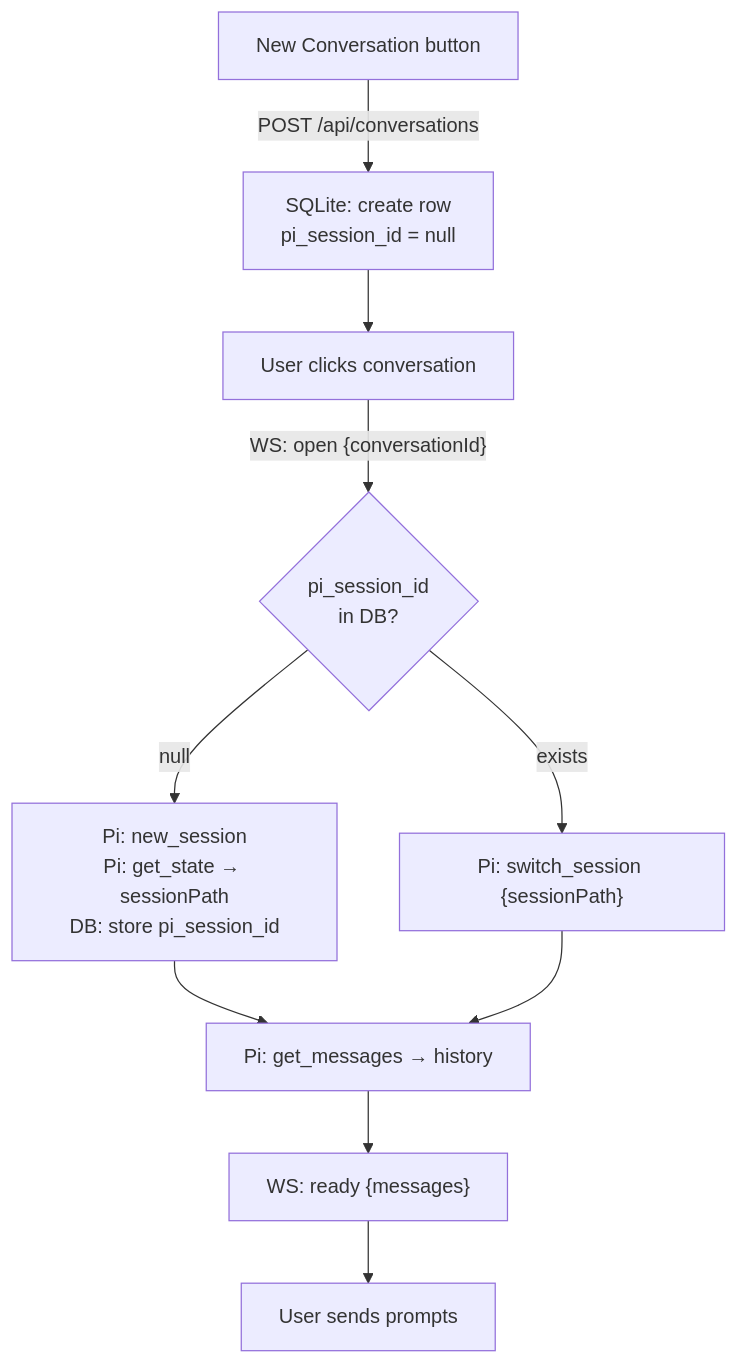
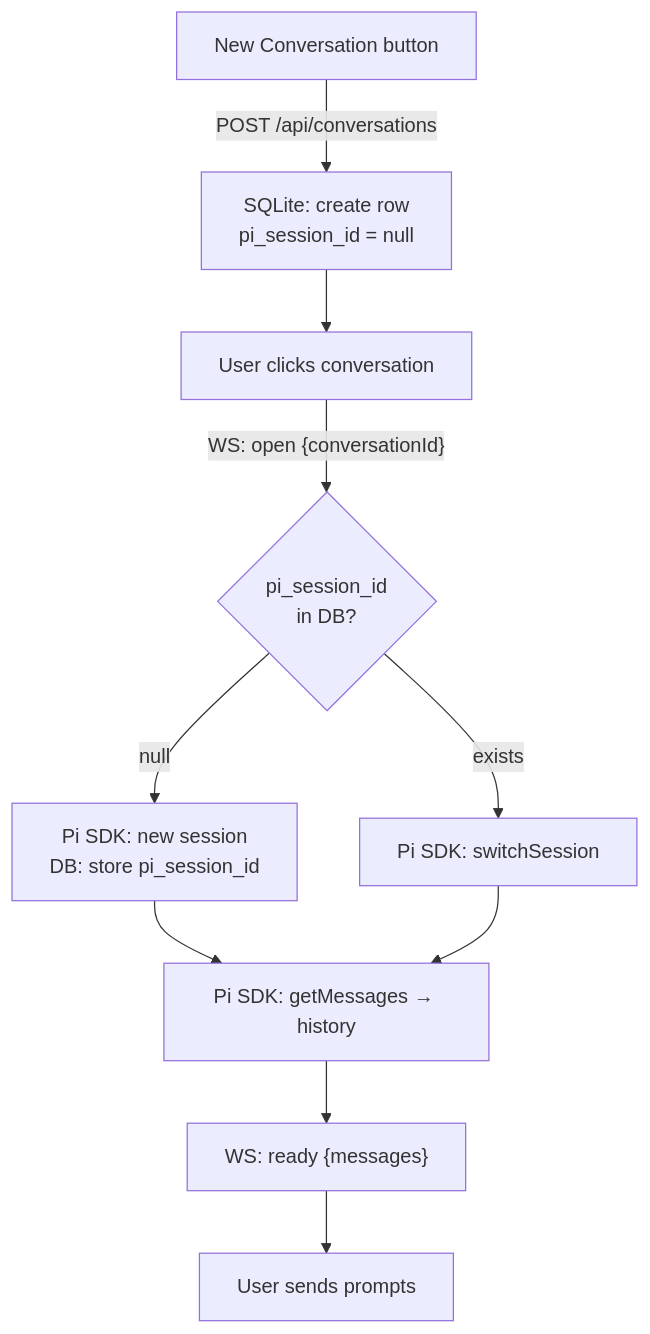
The fourth of 5 diagrams in docs/architecture/data-flow.md (sigilmakes/goldilocks-app), drawn with Mermaid before and after one commit. The commit also changed other lines of this file and 7 other files, not shown here.

First line of the commit message:
docs: rewrite architecture docs for agent-service topology

````diff
--- a/docs/architecture/data-flow.md
+++ b/docs/architecture/data-flow.md
@@ -96,12 +78,12 @@
 ```mermaid
 graph TD
     New["New Conversation button"] -->|"POST /api/conversations"| DB["SQLite: create row<br/>pi_session_id = null"]
     DB --> Open["User clicks conversation"]
     Open -->|"WS: open {conversationId}"| Check{"pi_session_id<br/>in DB?"}
-    Check -->|null| NewSession["Pi: new_session<br/>Pi: get_state → sessionPath<br/>DB: store pi_session_id"]
-    Check -->|exists| Switch["Pi: switch_session {sessionPath}"]
-    NewSession --> Load["Pi: get_messages → history"]
+    Check -->|null| NewSession["Pi SDK: new session<br/>DB: store pi_session_id"]
+    Check -->|exists| Switch["Pi SDK: switchSession"]
+    NewSession --> Load["Pi SDK: getMessages → history"]
     Switch --> Load
     Load --> Ready["WS: ready {messages}"]
     Ready --> Chat["User sends prompts"]
 ```
````
